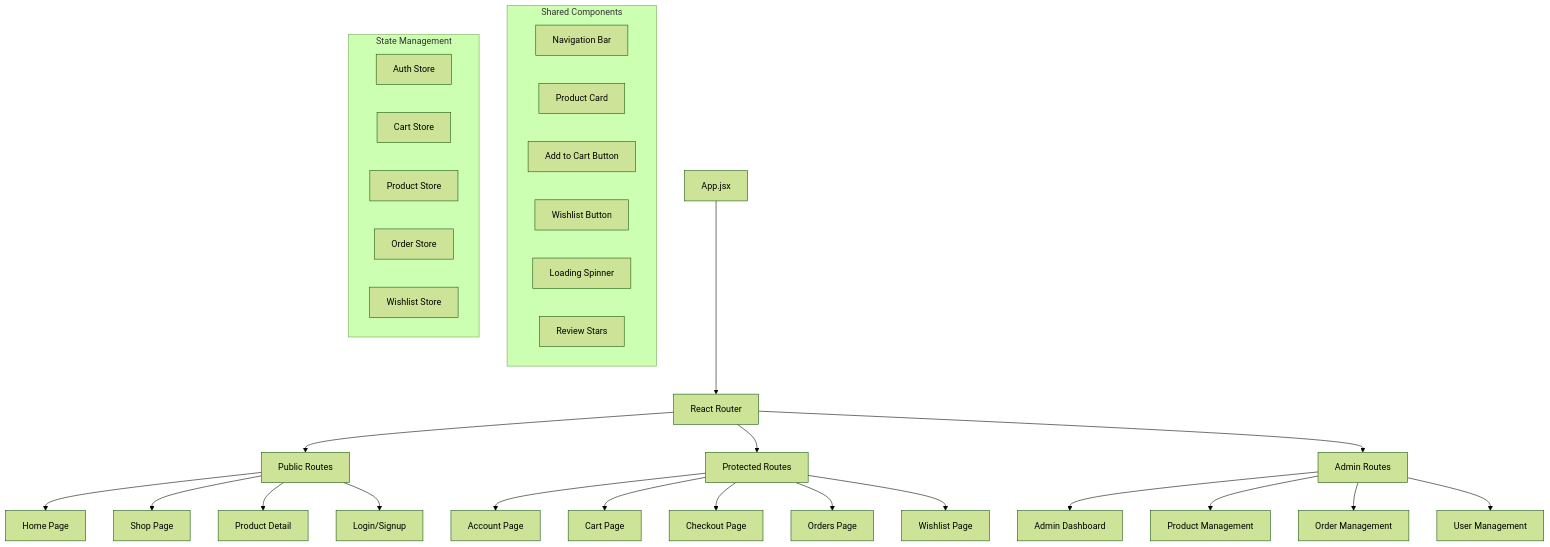
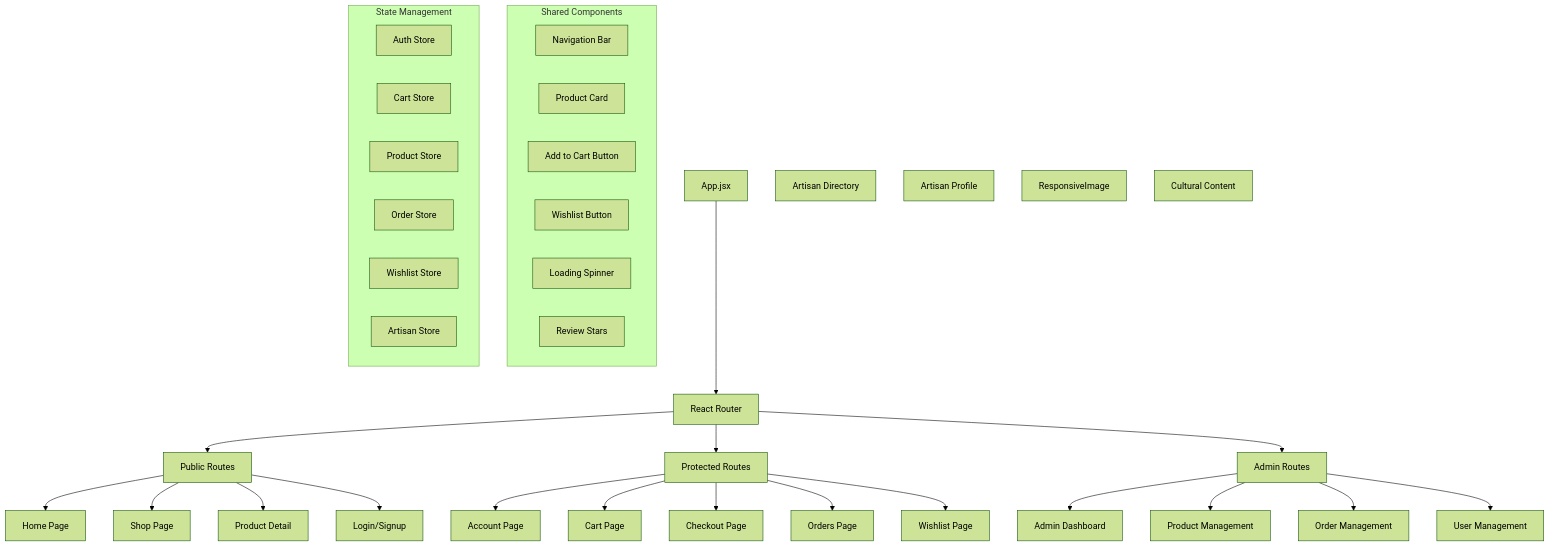
One commit to anathema43/Ramro changed the tenth of 14 diagrams in ARCHITECTURE_DIAGRAMS.md. Above: the diagram before and after it, drawn with Mermaid (forest theme). The commit also changed other lines of this file and 131 other files, not shown here.

````diff
--- a/ARCHITECTURE_DIAGRAMS.md
+++ b/ARCHITECTURE_DIAGRAMS.md
@@ -375,41 +387,47 @@
 ```mermaid
 graph TD
     App[App.jsx] --> Router[React Router]
     
     Router --> PublicRoutes[Public Routes]
     Router --> ProtectedRoutes[Protected Routes]
     Router --> AdminRoutes[Admin Routes]
     
     PublicRoutes --> Home[Home Page]
     PublicRoutes --> Shop[Shop Page]
     PublicRoutes --> ProductDetail[Product Detail]
     PublicRoutes --> Login[Login/Signup]
     
     ProtectedRoutes --> Account[Account Page]
     ProtectedRoutes --> Cart[Cart Page]
     ProtectedRoutes --> Checkout[Checkout Page]
     ProtectedRoutes --> Orders[Orders Page]
     ProtectedRoutes --> Wishlist[Wishlist Page]
     
     AdminRoutes --> AdminDashboard[Admin Dashboard]
     AdminRoutes --> ProductManagement[Product Management]
     AdminRoutes --> OrderManagement[Order Management]
+        P[Artisan Directory]
+        Q[Artisan Profile]
     AdminRoutes --> UserManagement[User Management]
     
     subgraph "Shared Components"
         Navbar[Navigation Bar]
         ProductCard[Product Card]
         AddToCartButton[Add to Cart Button]
         WishlistButton[Wishlist Button]
         LoadingSpinner[Loading Spinner]
         ReviewStars[Review Stars]
     end
+        W[ArtisanCard]
+        X[Cultural Content]
+        W[ResponsiveImage]
     
     subgraph "State Management"
         AuthStore[Auth Store]
         CartStore[Cart Store]
         ProductStore[Product Store]
         OrderStore[Order Store]
         WishlistStore[Wishlist Store]
+        CC[Artisan Store]
     end
 ```
````
